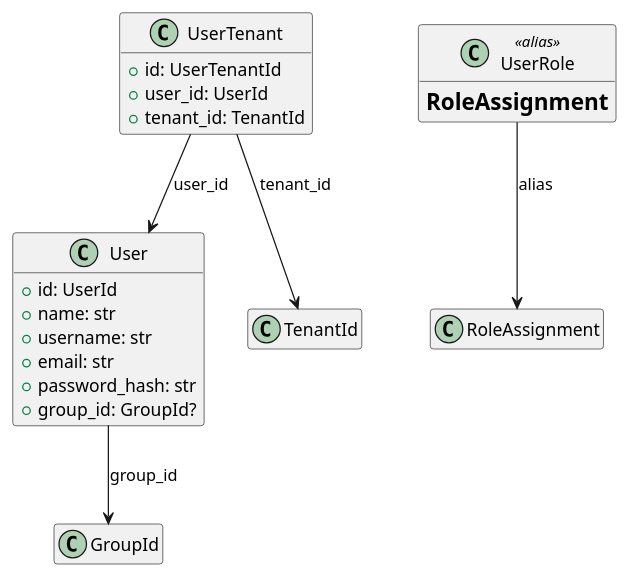
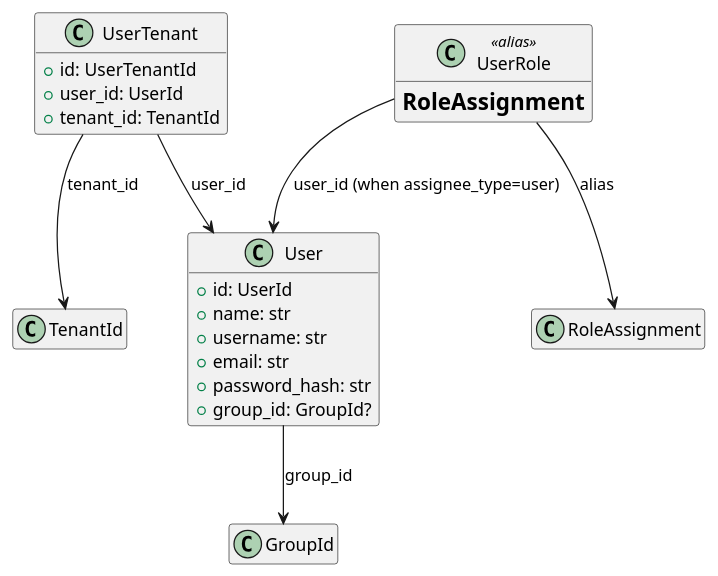
Before and after one commit to McGuireTechnology/ITSoR: the diagram in docs/docs/developer/models/user_models.md, drawn with PlantUML. The commit also changed other lines of this file and 15 other files, not shown here.

Commit message:
refactor: align API schemas and persistence models

````diff
--- a/docs/docs/developer/models/user_models.md
+++ b/docs/docs/developer/models/user_models.md
@@ -28,30 +30,31 @@
 ```plantuml
 @startuml
 hide empty members
 
 class User {
   +id: UserId
   +name: str
   +username: str
   +email: str
   +password_hash: str
   +group_id: GroupId?
 }
 
 class UserTenant {
   +id: UserTenantId
   +user_id: UserId
   +tenant_id: TenantId
 }
 
 class UserRole <<alias>> {
   = RoleAssignment
 }
 
 UserTenant --> User : user_id
 UserTenant --> TenantId : tenant_id
 User --> GroupId : group_id
+UserRole --> User : user_id (when assignee_type=user)
 UserRole --> RoleAssignment : alias
 
 @enduml
 ```
````
